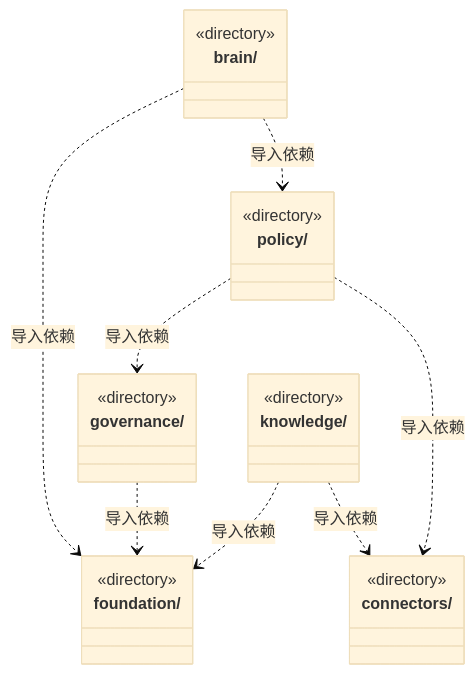
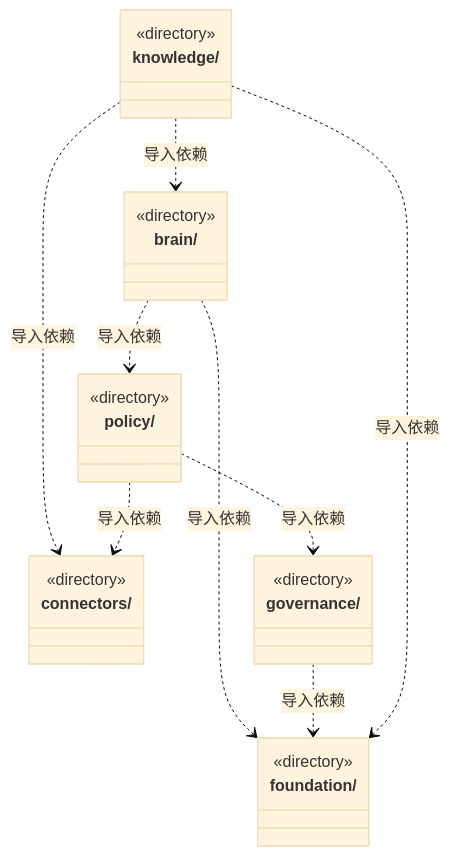
One commit to nan023062/cbim changed the first of 2 diagrams in src/backend/core/ARCHITECTURE.md. Above: the diagram before and after it, drawn with Mermaid (base theme). The commit also changed other lines of this file and 216 other files, not shown here.

````diff
--- a/src/backend/core/ARCHITECTURE.md
+++ b/src/backend/core/ARCHITECTURE.md
@@ -15,28 +15,29 @@
 ```mermaid
 classDiagram
 class N_src_backend_core_brain["brain/"] {
   <<directory>>
 }
 class N_src_backend_core_connectors["connectors/"] {
   <<directory>>
 }
 class N_src_backend_core_foundation["foundation/"] {
   <<directory>>
 }
 class N_src_backend_core_governance["governance/"] {
   <<directory>>
 }
 class N_src_backend_core_knowledge["knowledge/"] {
   <<directory>>
 }
 class N_src_backend_core_policy["policy/"] {
   <<directory>>
 }
 N_src_backend_core_brain ..> N_src_backend_core_foundation : 导入依赖
 N_src_backend_core_brain ..> N_src_backend_core_policy : 导入依赖
 N_src_backend_core_governance ..> N_src_backend_core_foundation : 导入依赖
 N_src_backend_core_knowledge ..> N_src_backend_core_foundation : 导入依赖
 N_src_backend_core_knowledge ..> N_src_backend_core_connectors : 导入依赖
+N_src_backend_core_knowledge ..> N_src_backend_core_brain : 导入依赖
 N_src_backend_core_policy ..> N_src_backend_core_governance : 导入依赖
 N_src_backend_core_policy ..> N_src_backend_core_connectors : 导入依赖
 ```
````
